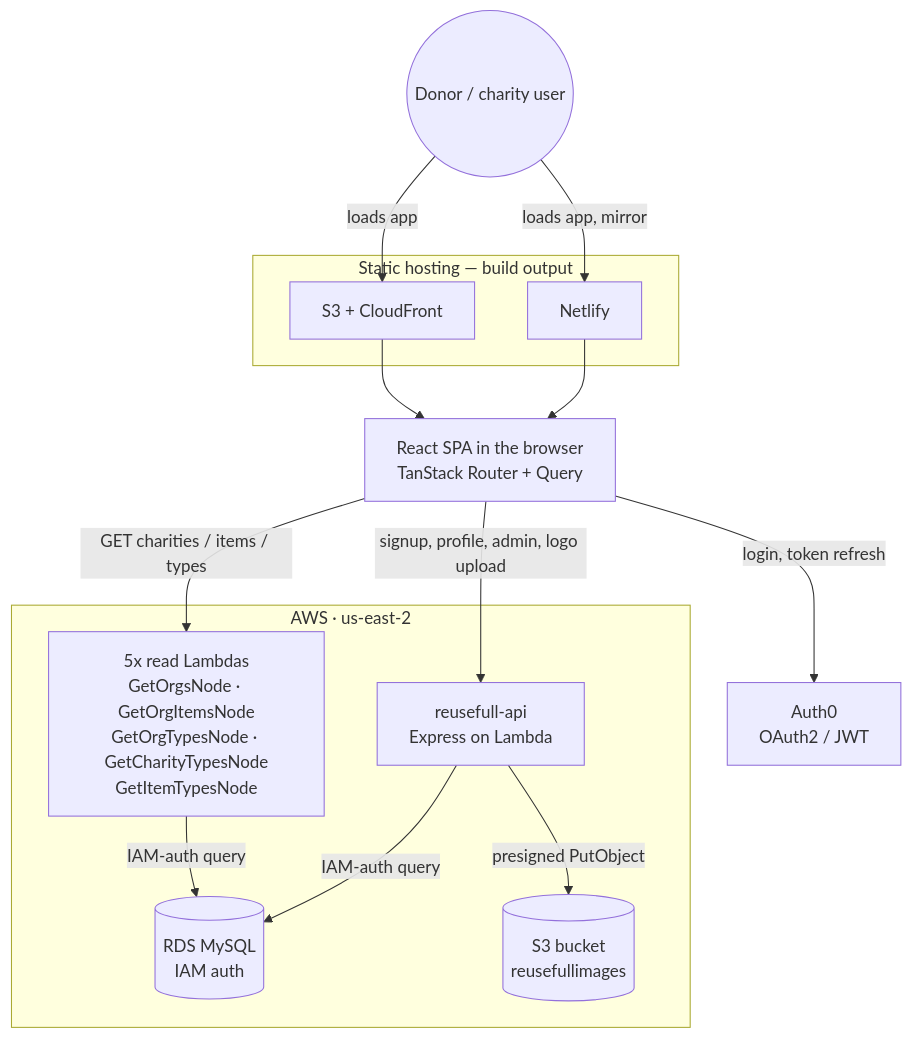
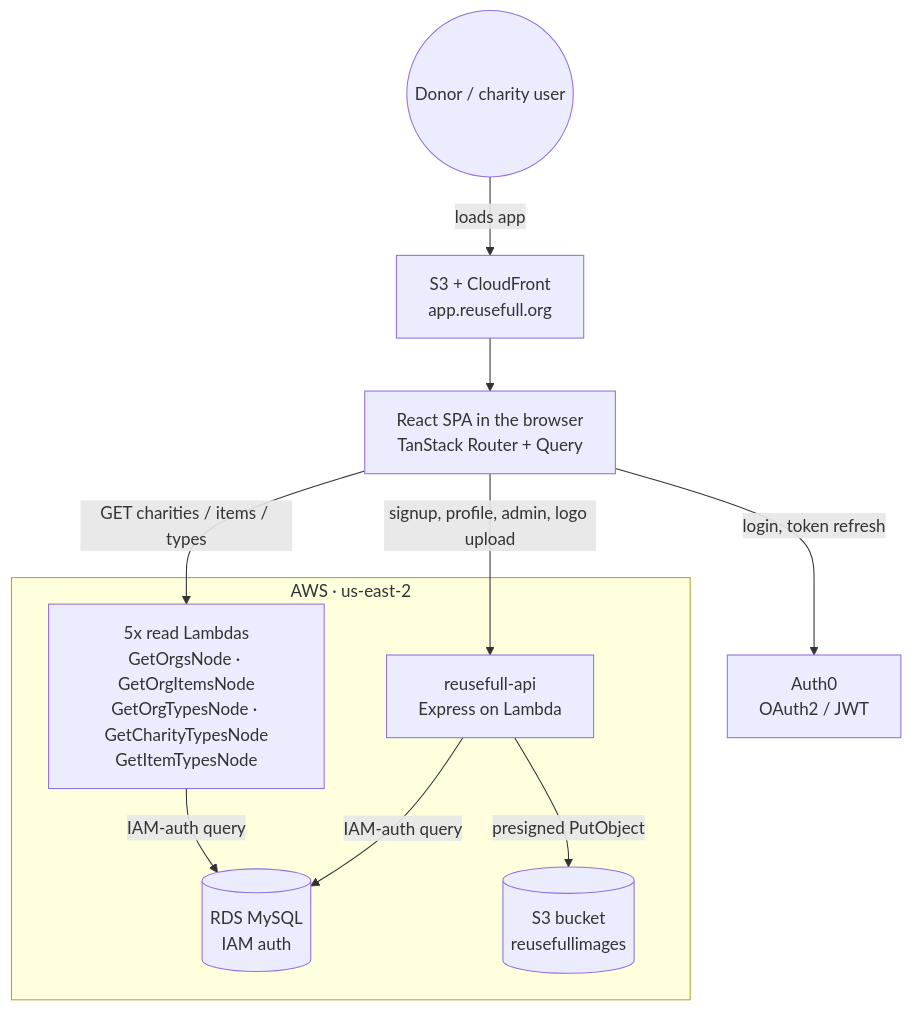
One commit to codeforkansascity/reusefull-react changed the diagram in README.md. Above: the diagram before and after it, drawn with Mermaid. The commit also changed other lines of this file and 1 other file, not shown here.

Commit message:
Document how the system fits together and how each piece is deployed
Adds docs/SYSTEM-OVERVIEW.md: where every piece of app.reusefull.org
lives (front end, main API, read-only Lambdas, database, Auth0, S3,
SES, DNS), a diagram of the site, a diagram of the deployment
pipeline, per-piece deploy steps, and where each secret is stored
(names only). Verified against the live AWS account, DNS and the
repo.

README: remove stale Netlify references (that deploy workflow was
removed) and link to the new overview.

````diff
--- a/README.md
+++ b/README.md
@@ -18,32 +20,27 @@
 ```mermaid
 graph TB
     User((Donor / charity user))
 
-    subgraph Hosting["Static hosting — build output"]
-        S3Site[S3 + CloudFront]
-        Netlify[Netlify]
-    end
+    S3Site["S3 + CloudFront<br/>app.reusefull.org"]
 
     SPA[React SPA in the browser<br/>TanStack Router + Query]
     Auth0[Auth0<br/>OAuth2 / JWT]
 
     subgraph AWS["AWS · us-east-2"]
         API[reusefull-api<br/>Express on Lambda]
         ReadLambdas["5x read Lambdas<br/>GetOrgsNode · GetOrgItemsNode<br/>GetOrgTypesNode · GetCharityTypesNode<br/>GetItemTypesNode"]
         RDS[(RDS MySQL<br/>IAM auth)]
         Images[(S3 bucket<br/>reusefullimages)]
     end
 
     User -->|loads app| S3Site
-    User -->|loads app, mirror| Netlify
     S3Site --> SPA
-    Netlify --> SPA
 
     SPA -->|login, token refresh| Auth0
     SPA -->|GET charities / items / types| ReadLambdas
     SPA -->|signup, profile, admin, logo upload| API
 
     ReadLambdas -->|IAM-auth query| RDS
     API -->|IAM-auth query| RDS
     API -->|presigned PutObject| Images
 ```
````
